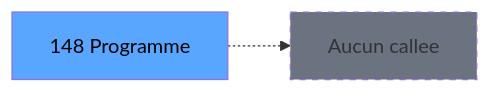
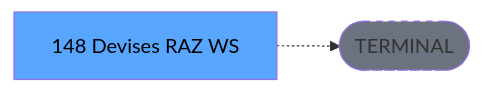
One commit to thonyAGP/lecteur-magic changed the third of 3 diagrams in .openspec/renders/ADH-IDE-148.md. Above: the diagram before and after it, drawn with Mermaid. The commit also changed other lines of this file and 701 other files, not shown here.

````diff
--- a/.openspec/renders/ADH-IDE-148.md
+++ b/.openspec/renders/ADH-IDE-148.md
@@ -139,8 +136,8 @@
 ```mermaid
 graph LR
-    T[148 Programme]
-    NONE[Aucun callee]
-    T -.-> NONE
+    T[148 Devises RAZ WS]
+    TERM([TERMINAL])
+    T -.-> TERM
+    style TERM fill:#6b7280,stroke-dasharray: 5 5
     style T fill:#58a6ff,color:#000
-    style NONE fill:#6b7280,stroke-dasharray: 5 5
 ```
````
